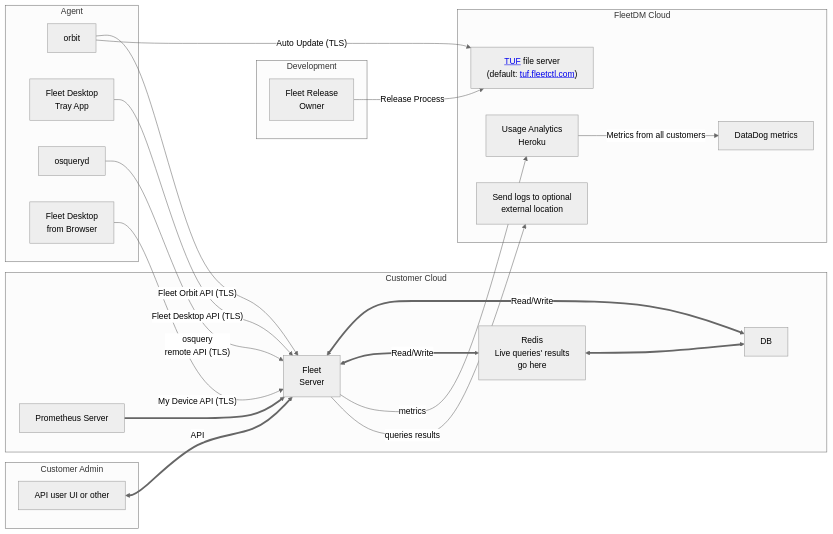
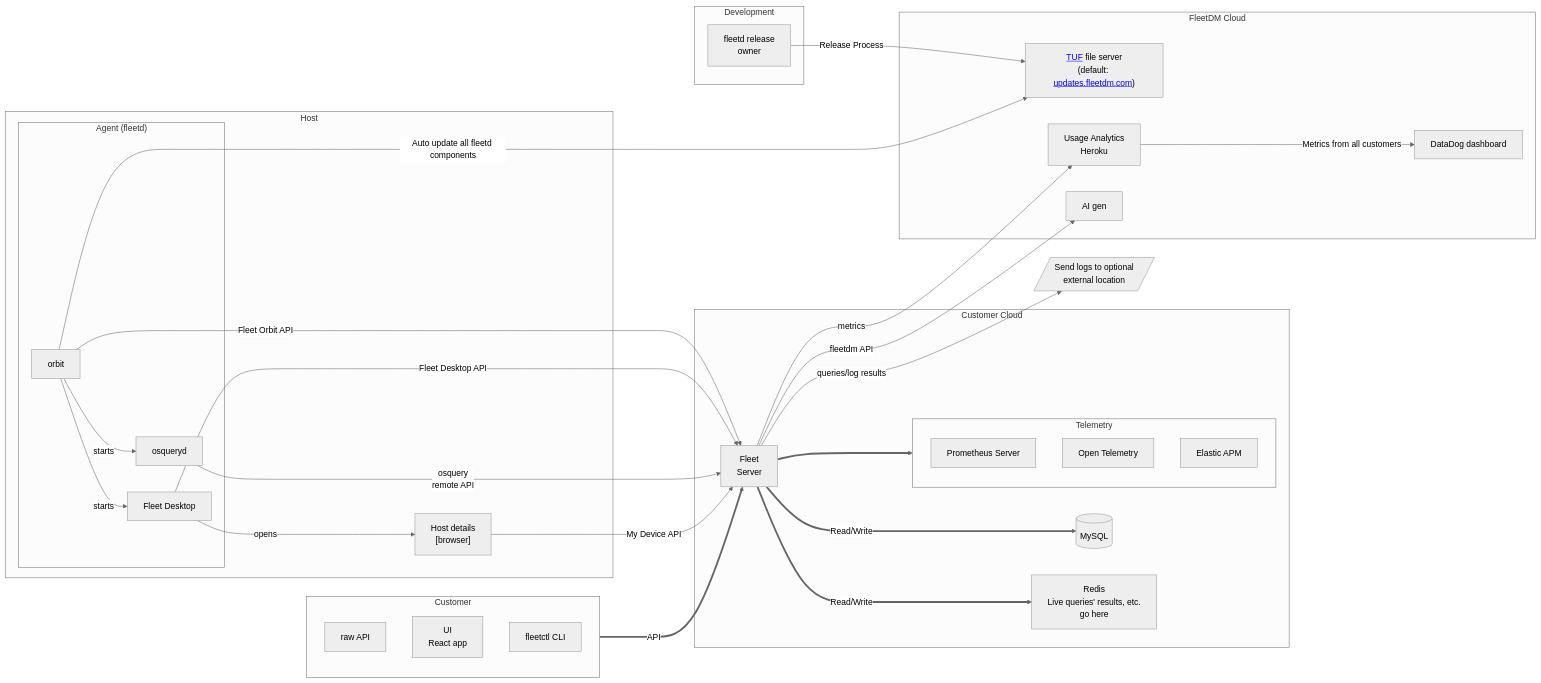
Before and after one commit to fleetdm/fleet: the first of 7 diagrams in docs/Contributing/high-level-architecture.md, drawn with Mermaid (neutral theme).

Commit message:
Tweaks to high level Fleet diagram. (#27749)

````diff
--- a/docs/Contributing/high-level-architecture.md
+++ b/docs/Contributing/high-level-architecture.md
@@ -12,54 +12,67 @@
 ```mermaid
 graph LR;
     
     subgraph Development
-        fleet_release_owner[Fleet Release<br>Owner];
+        fleet_release_owner[fleetd release<br>owner];
     end
 
-    subgraph Agent
-        orbit[orbit];
-        desktop[Fleet Desktop<br>Tray App];
-        osqueryd[osqueryd];
-        desktop_browser[Fleet Desktop<br> from Browser];
+    subgraph Host
+        subgraph "Agent (fleetd)"
+            orbit[orbit];
+            osqueryd[osqueryd];
+            desktop[Fleet Desktop];
+        end
+        desktop_browser["Host details<br>[browser]"];
     end
 
     subgraph Customer Cloud
         fleet_server[Fleet<br>Server];
-        db[DB];
-        redis[Redis<br>Live queries' results <br>go here];
-        prometheus[Prometheus Server];
+        db[(MySQL)];
+        redis[Redis<br>Live queries' results, etc. <br>go here];
+        subgraph Telemetry
+            prometheus[Prometheus Server];
+            opentel[Open Telemetry]
+            apm[Elastic APM]
+        end
     end
 
     subgraph FleetDM Cloud
-        tuf["<a href=https://theupdateframework.io/>TUF</a> file server<br>(default: <a href=https://tuf.fleetctl.com>tuf.fleetctl.com</a>)"];
-        datadog[DataDog metrics]
+        tuf["<a href=https://theupdateframework.io/>TUF</a> file server<br>(default: <a href=https://updates.fleetdm.com>updates.fleetdm.com</a>)"];
+        datadog[DataDog dashboard]
         heroku[Usage Analytics<br>Heroku]
-        log[Send logs to optional<br> external location]
+        fleetdm[AI gen]
     end
 
-    subgraph Customer Admin
-        frontend[API user UI or other]
+    log[/Send logs to optional<br> external location/]
+
+    subgraph Customer
+        api[raw API]
+        frontend["UI<br>React app"]
+        fleetctl[fleetctl CLI]
     end
 
 
     fleet_release_owner -- "Release Process" --> tuf;
 
-    orbit -- "Fleet Orbit API (TLS)" --> fleet_server;
-    orbit -- "Auto Update (TLS)" --> tuf;
-    desktop -- "Fleet Desktop API (TLS)" --> fleet_server;
-    osqueryd -- "osquery<br>remote API (TLS)" --> fleet_server;
-    desktop_browser -- "My Device API (TLS)" --> fleet_server;
+    orbit -- "Fleet Orbit API" --> fleet_server;
+    orbit -- "Auto update all fleetd components" --> tuf;
+    desktop -- "Fleet Desktop API" --> fleet_server;
+    osqueryd -- "osquery<br>remote API" --> fleet_server;
+    orbit -- "starts" --> desktop
+    orbit -- "starts" --> osqueryd
+    desktop -- "opens" -->desktop_browser
+    desktop_browser -- "My Device API" --> fleet_server;
 
     heroku -- "Metrics from all customers" --> datadog;
 
-    fleet_server <== "Read/Write" ==> db;
-    fleet_server <== "Read/Write" ==> redis;
-    redis <==> db;
+    fleet_server == "Read/Write" ==> db;
+    fleet_server == "Read/Write" ==> redis;
 
-    prometheus ==> fleet_server;
+    fleet_server ==> Telemetry;
     fleet_server -- "metrics" --> heroku;
-    fleet_server -- "queries results" --> log;
+    fleet_server -- "fleetdm API" --> fleetdm
+    fleet_server -- "queries/log results" --> log;
 
-    frontend <== "API" ==> fleet_server;
+    Customer == "API" ==> fleet_server;
 
 ```
````
